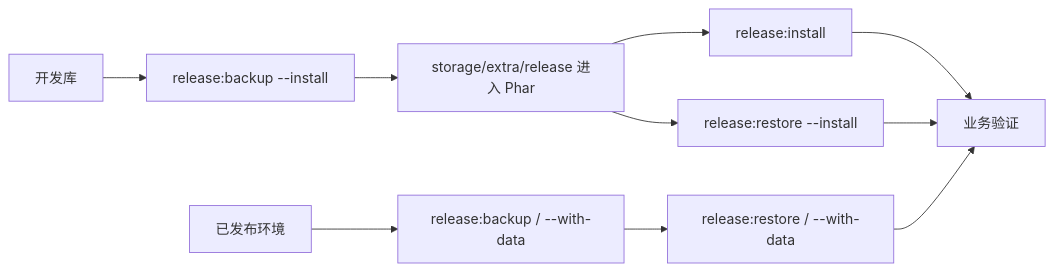
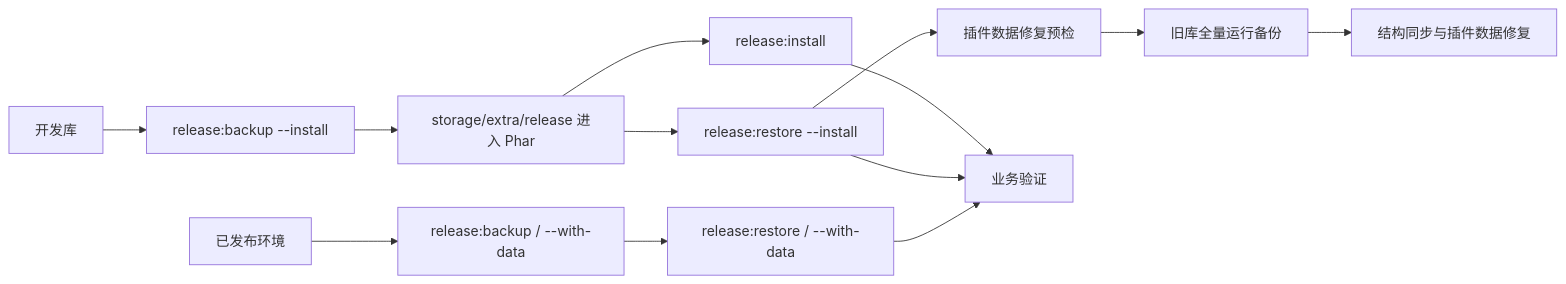
One commit to zoujingli/SmartAdmin changed the diagram in docs/部署运维/发布升级.md. Above: the diagram before and after it, drawn with Mermaid. The commit also changed other lines of this file and 5 other files, not shown here.

````diff
--- a/docs/部署运维/发布升级.md
+++ b/docs/部署运维/发布升级.md
@@ -5,12 +5,15 @@
 ```mermaid
 flowchart LR
   Dev["开发库"] --> InstallBackup["release:backup --install"]
   InstallBackup --> Package["storage/extra/release 进入 Phar"]
   Package --> Install["release:install"]
   Package --> RestoreInstall["release:restore --install"]
+  RestoreInstall --> Precheck["插件数据修复预检"]
+  Precheck --> FullBackup["旧库全量运行备份"]
+  FullBackup --> Repair["结构同步与插件数据修复"]
   Runtime["已发布环境"] --> RuntimeBackup["release:backup / --with-data"]
   RuntimeBackup --> RuntimeRestore["release:restore / --with-data"]
   Install --> Verify["业务验证"]
   RestoreInstall --> Verify
   RuntimeRestore --> Verify
 ```
````
